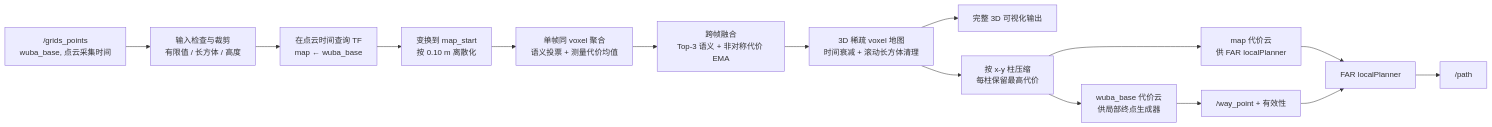
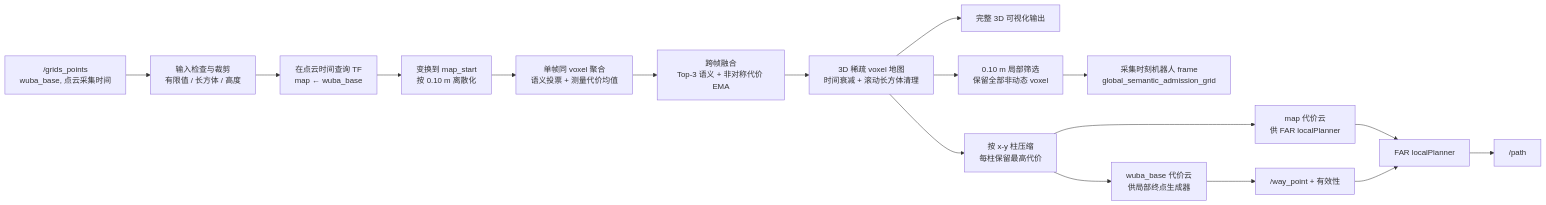
One commit to lichao951787328/local3DSemanticVoxelMap changed the diagram in LOCAL_3D_VOXEL_COST_PIPELINE.md. Above: the diagram before and after it, drawn with Mermaid. The commit also changed other lines of this file and 12 other files, not shown here.

Commit message:
局部地图修缮，筛选出静态物体和可通行性代价高的作为障碍发布给全局地图

````diff
--- a/LOCAL_3D_VOXEL_COST_PIPELINE.md
+++ b/LOCAL_3D_VOXEL_COST_PIPELINE.md
@@ -19,17 +19,19 @@
 ```mermaid
 flowchart LR
     A["/grids_points<br/>wuba_base, 点云采集时间"] --> B["输入检查与裁剪<br/>有限值 / 长方体 / 高度"]
     B --> C["在点云时间查询 TF<br/>map ← wuba_base"]
     C --> D["变换到 map_start<br/>按 0.10 m 离散化"]
     D --> E["单帧同 voxel 聚合<br/>语义投票 + 测量代价均值"]
     E --> F["跨帧融合<br/>Top-3 语义 + 非对称代价 EMA"]
     F --> G["3D 稀疏 voxel 地图<br/>时间衰减 + 滚动长方体清理"]
     G --> H["完整 3D 可视化输出"]
+    G --> O["0.10 m 局部筛选<br/>保留全部非动态 voxel"]
+    O --> P["采集时刻机器人 frame<br/>global_semantic_admission_grid"]
     G --> I["按 x-y 柱压缩<br/>每柱保留最高代价"]
     I --> J["map 代价云<br/>供 FAR localPlanner"]
     I --> K["wuba_base 代价云<br/>供局部终点生成器"]
     K --> L["/way_point + 有效性"]
     J --> M["FAR localPlanner"]
     L --> M
     M --> N["/path"]
 ```
````
